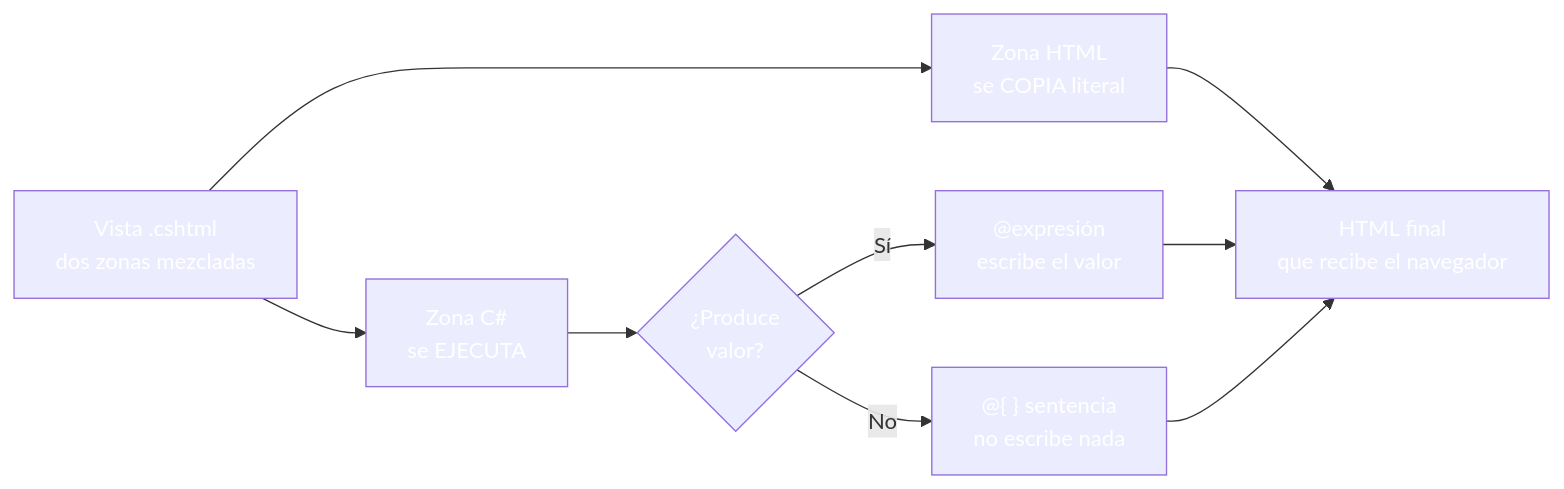
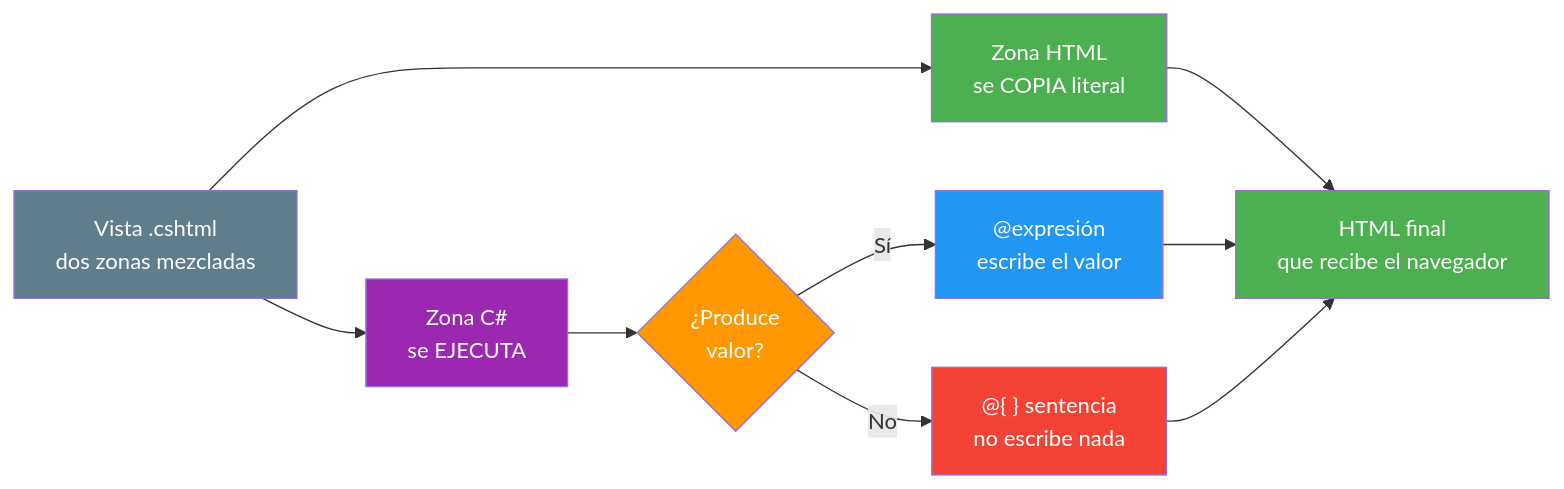
The second of 6 diagrams in 02-directivas-sintaxis.md (joseluisgs/DesarrolloWebEntornosServidor-03-2026-2027), drawn with Mermaid before and after one commit. The commit also changed other lines of this file and 25 other files, not shown here.

Commit message:
docs: corregir los estilos Mermaid de los temas y alinear el dominio del tema 25 con ProductosApp

````diff
--- a/02-directivas-sintaxis.md
+++ b/02-directivas-sintaxis.md
@@ -197,21 +197,21 @@
 ```mermaid
 graph LR
     A["Vista .cshtml<br/>dos zonas mezcladas"] --> B["Zona HTML<br/>se COPIA literal"]
     A --> C["Zona C#<br/>se EJECUTA"]
 
     C --> D{"¿Produce<br/>valor?"}
     D -->|"Sí"| E["@expresión<br/>escribe el valor"]
     D -->|"No"| F["@{ } sentencia<br/>no escribe nada"]
 
     B --> G["HTML final<br/>que recibe el navegador"]
     E --> G
     F --> G
 
-    style A fill:#607D8,color:#fffB,color:#fff
-    style B fill:#4CAF5,color:#fff0,color:#fff
-    style C fill:#9C27B,color:#fff0,color:#fff
-    style D fill:#FF980,color:#fff0,color:#fff
-    style E fill:#2196F,color:#fff3,color:#fff
-    style F fill:#f4433,color:#fff6,color:#fff
-    style G fill:#4CAF5,color:#fff0,color:#fff
+    style A fill:#607D8B,color:#fff
+    style B fill:#4CAF50,color:#fff
+    style C fill:#9C27B0,color:#fff
+    style D fill:#FF9800,color:#fff
+    style E fill:#2196F3,color:#fff
+    style F fill:#f44336,color:#fff
+    style G fill:#4CAF50,color:#fff
 ```
````
